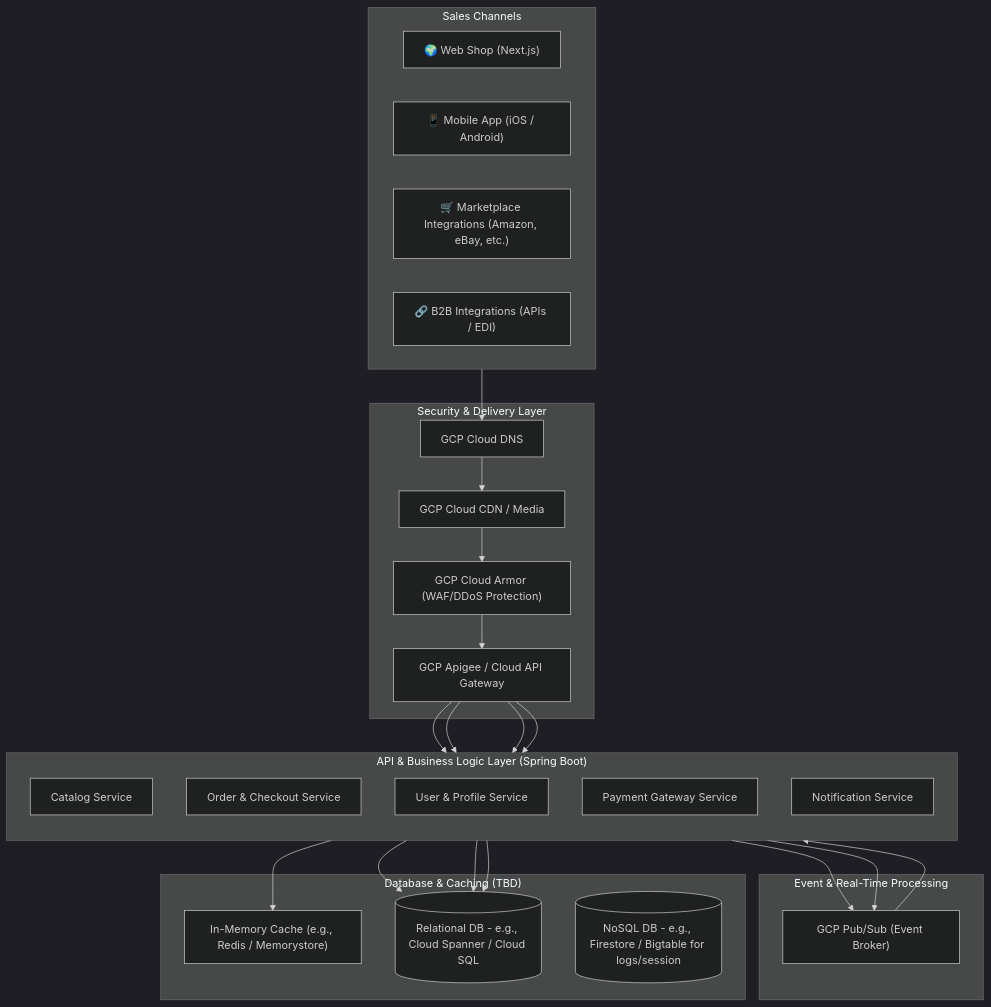
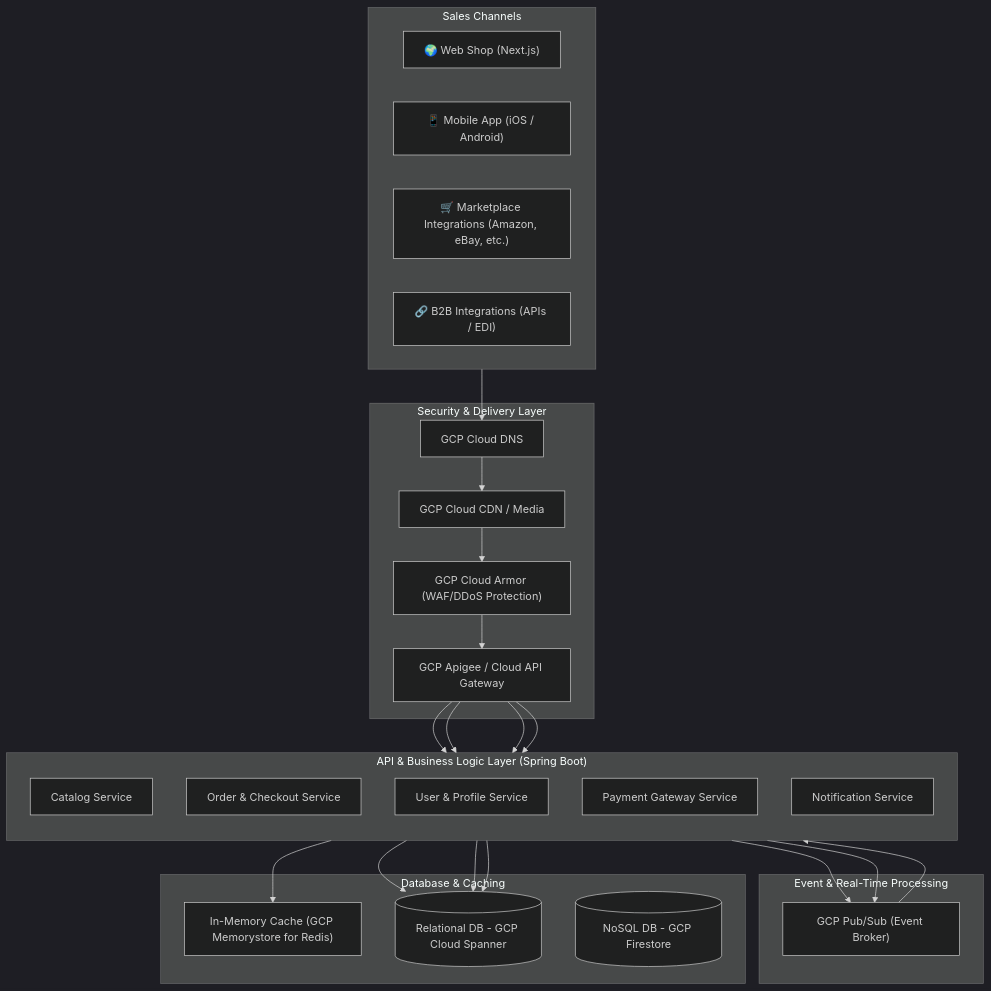
The first of 2 diagrams in doc/architecture.md (drapic88/abysalto-webshop), drawn with Mermaid (dark theme) before and after one commit. The commit also changed other lines of this file and 3 other files, not shown here.

````diff
--- a/doc/architecture.md
+++ b/doc/architecture.md
@@ -24,55 +25,55 @@
 ```mermaid
 graph TD
     %% Sales Channels
     subgraph Channels ["Sales Channels"]
         Web["🌍 Web Shop (Next.js)"]
         Mobile["📱 Mobile App (iOS / Android)"]
         Marketplace["🛒 Marketplace Integrations (Amazon, eBay, etc.)"]
         B2B["🔗 B2B Integrations (APIs / EDI)"]
     end
 
     %% Edge & Security
     subgraph Edge ["Security & Delivery Layer"]
         DNS["GCP Cloud DNS"] --> CDN["GCP Cloud CDN / Media"]
         CDN --> Armor["GCP Cloud Armor (WAF/DDoS Protection)"]
         Armor --> APIGateway["GCP Apigee / Cloud API Gateway"]
     end
 
     Channels --> DNS
 
     %% API Layer (Spring Boot)
     subgraph APILayer ["API & Business Logic Layer (Spring Boot)"]
         direction TB
         CatalogSvc["Catalog Service"]
         OrderSvc["Order & Checkout Service"]
         UserSvc["User & Profile Service"]
         PaymentSvc["Payment Gateway Service"]
         NotificationSvc["Notification Service"]
     end
 
     APIGateway --> CatalogSvc
     APIGateway --> OrderSvc
     APIGateway --> UserSvc
     APIGateway --> PaymentSvc
 
     %% Message Broker & Real-Time Processing
     subgraph EventStream ["Event & Real-Time Processing"]
         PubSub["GCP Pub/Sub (Event Broker)"]
     end
 
     CatalogSvc --> PubSub
     OrderSvc --> PubSub
     PubSub --> NotificationSvc
 
     %% Database & Cache Layer
-    subgraph StorageLayer ["Database & Caching (TBD)"]
-        Cache["In-Memory Cache (e.g., Redis / Memorystore)"]
-        PrimaryDB[(Relational DB - e.g., Cloud Spanner / Cloud SQL)]
-        NoSQLDB[(NoSQL DB - e.g., Firestore / Bigtable for logs/session)]
+    subgraph StorageLayer ["Database & Caching"]
+        Cache["In-Memory Cache (GCP Memorystore for Redis)"]
+        PrimaryDB[(Relational DB - GCP Cloud Spanner)]
+        NoSQLDB[(NoSQL DB - GCP Firestore)]
     end
 
     CatalogSvc --> Cache
     OrderSvc --> PrimaryDB
     UserSvc --> PrimaryDB
     PaymentSvc --> PrimaryDB
 ```
````
